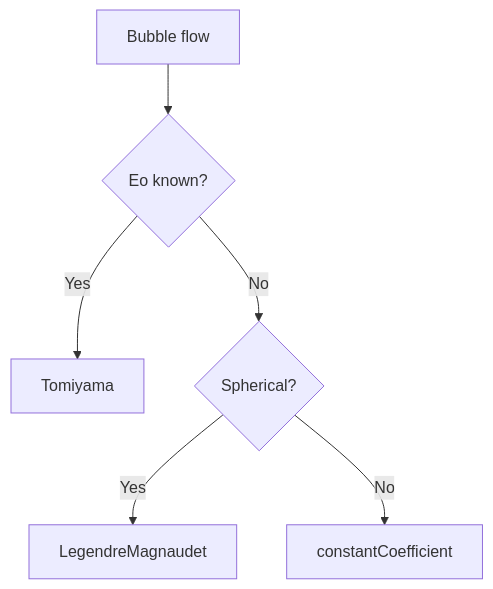
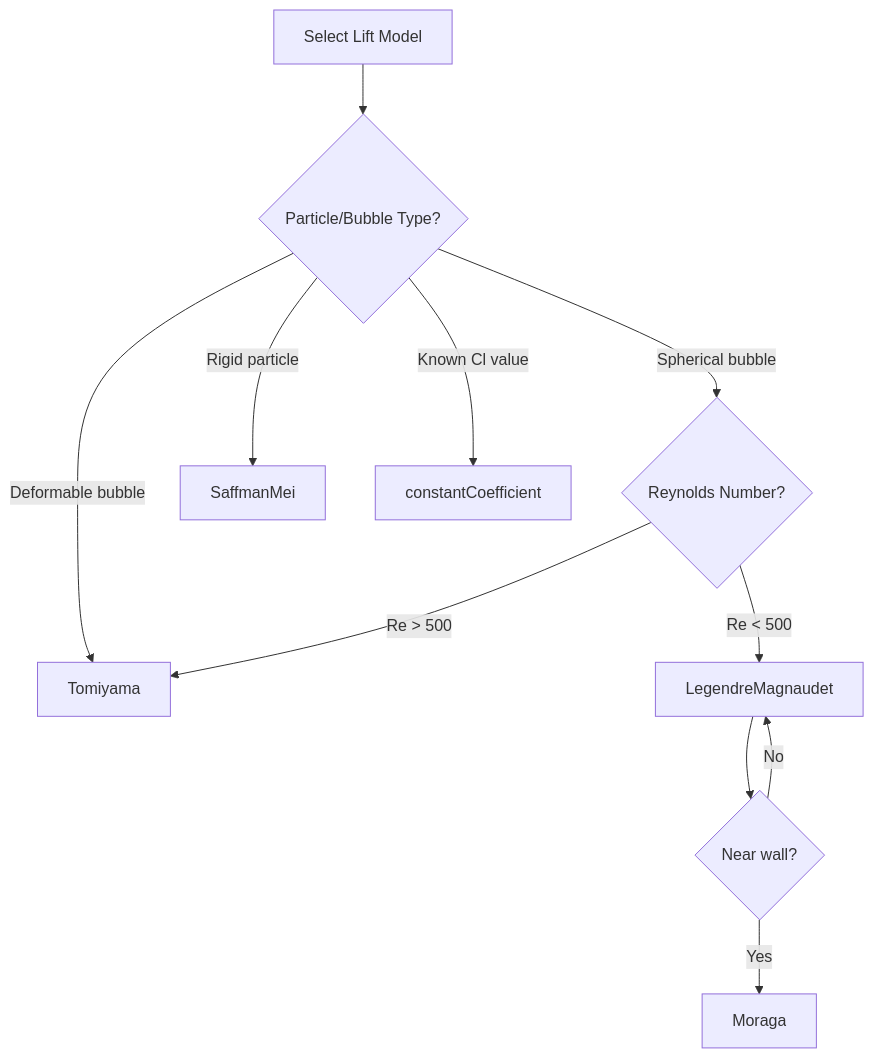
One commit to wramet/build-my-cfd changed the diagram in MODULE_04_MULTIPHASE_FUNDAMENTALS/CONTENT/04_INTERPHASE_FORCES/02_LIFT/02_Specific_Lift_Models.md. Above: the diagram before and after it, drawn with Mermaid. The commit also changed other lines of this file and 75 other files, not shown here.

````diff
--- a/MODULE_04_MULTIPHASE_FUNDAMENTALS/CONTENT/04_INTERPHASE_FORCES/02_LIFT/02_Specific_Lift_Models.md
+++ b/MODULE_04_MULTIPHASE_FUNDAMENTALS/CONTENT/04_INTERPHASE_FORCES/02_LIFT/02_Specific_Lift_Models.md
@@ -101,8 +295,13 @@
 ```mermaid
 flowchart TD
-    A[Bubble flow] --> B{Eo known?}
-    B -->|Yes| C[Tomiyama]
-    B -->|No| D{Spherical?}
-    D -->|Yes| E[LegendreMagnaudet]
-    D -->|No| F[constantCoefficient]
+    A[Select Lift Model] --> B{Particle/Bubble Type?}
+    B -->|Deformable bubble| C[Tomiyama]
+    B -->|Spherical bubble| D{Reynolds Number?}
+    B -->|Rigid particle| E[SaffmanMei]
+    B -->|Known Cl value| F[constantCoefficient]
+    D -->|Re < 500| G[LegendreMagnaudet]
+    D -->|Re > 500| C
+    G --> H{Near wall?}
+    H -->|Yes| I[Moraga]
+    H -->|No| G
 ```
````
